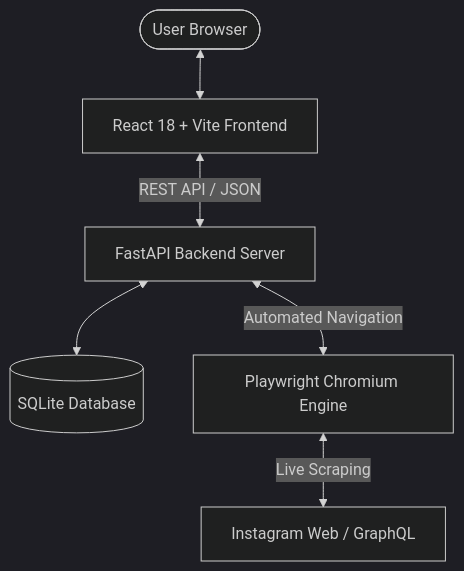
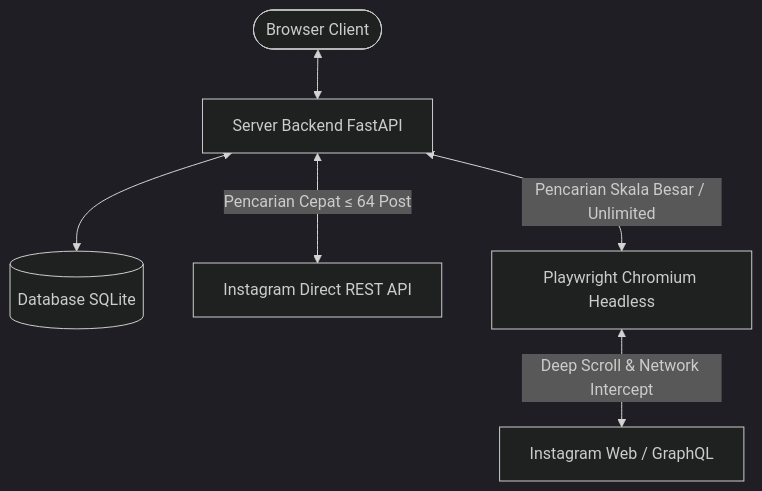
The diagram in README.md (elowgelo/Instagram-Scrapper), drawn with Mermaid (dark theme) before and after one commit. The commit also changed other lines of this file and 1 other file, not shown here.

Commit message:
docs: Update README with screenshot preview, usage guide, and technical architecture

````diff
--- a/README.md
+++ b/README.md
@@ -48,8 +48,8 @@
 ```mermaid
 flowchart TD
-    User([User Browser]) <--> ReactApp[React 18 + Vite Frontend]
-    ReactApp <-->|REST API / JSON| FastAPI[FastAPI Backend Server]
-    FastAPI <--> SQLite[(SQLite Database)]
-    FastAPI <-->|Automated Navigation| Playwright[Playwright Chromium Engine]
-    Playwright <-->|Live Scraping| Instagram[Instagram Web / GraphQL]
+    User([Browser Client]) <--> FastAPI[Server Backend FastAPI]
+    FastAPI <--> Storage[(Database SQLite)]
+    FastAPI <-->|Pencarian Cepat ≤ 64 Post| IGAPI[Instagram Direct REST API]
+    FastAPI <-->|Pencarian Skala Besar / Unlimited| Playwright[Playwright Chromium Headless]
+    Playwright <-->|Deep Scroll & Network Intercept| IGWeb[Instagram Web / GraphQL]
 ```
````
